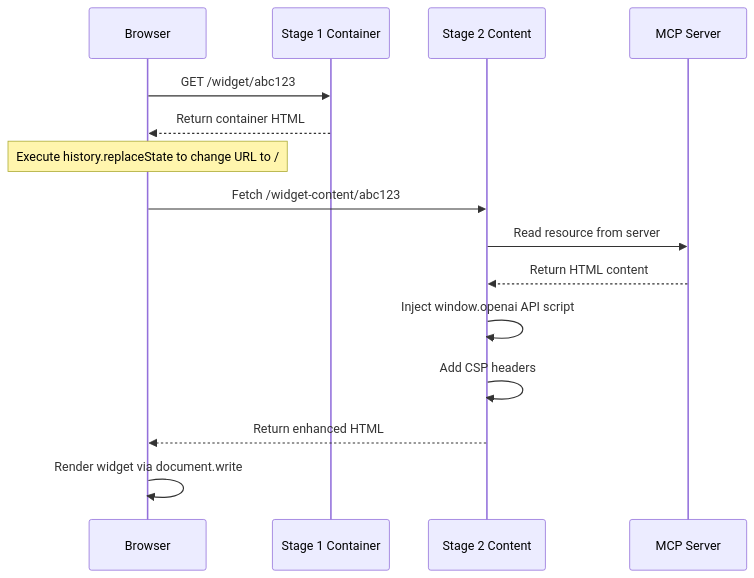
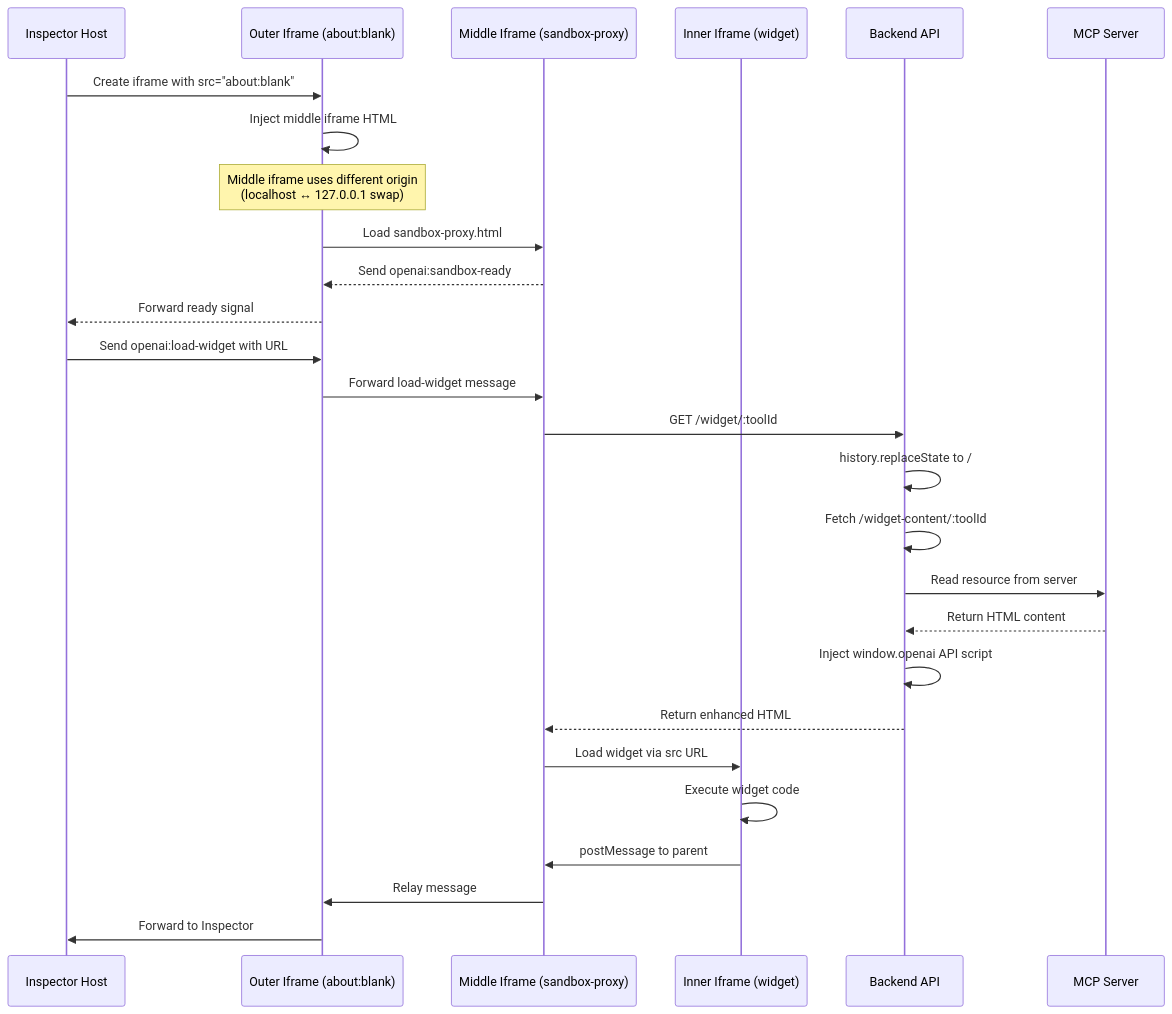
One commit to MCPJam/inspector changed the third of 7 diagrams in docs/contributing/openai-sdk-architecture.mdx. Above: the diagram before and after it, drawn with Mermaid. The commit also changed other lines of this file, not shown here.

Commit message:
Pull request for docs-update-from-inspector-pr-1001 (#1003)

````diff
--- a/docs/contributing/openai-sdk-architecture.mdx
+++ b/docs/contributing/openai-sdk-architecture.mdx
@@ -264,18 +290,30 @@
 ```mermaid
 sequenceDiagram
-    participant Browser
-    participant Stage1 as Stage 1 Container
-    participant Stage2 as Stage 2 Content
+    participant Host as Inspector Host
+    participant Outer as Outer Iframe (about:blank)
+    participant Middle as Middle Iframe (sandbox-proxy)
+    participant Inner as Inner Iframe (widget)
+    participant Backend as Backend API
     participant MCP as MCP Server
 
-    Browser->>Stage1: GET /widget/abc123
-    Stage1-->>Browser: Return container HTML
-    Note over Browser: Execute history.replaceState to change URL to /
-    Browser->>Stage2: Fetch /widget-content/abc123
-    Stage2->>MCP: Read resource from server
-    MCP-->>Stage2: Return HTML content
-    Stage2->>Stage2: Inject window.openai API script
-    Stage2->>Stage2: Add CSP headers
-    Stage2-->>Browser: Return enhanced HTML
-    Browser->>Browser: Render widget via document.write
+    Host->>Outer: Create iframe with src="about:blank"
+    Outer->>Outer: Inject middle iframe HTML
+    Note over Outer: Middle iframe uses different origin<br/>(localhost ↔ 127.0.0.1 swap)
+    Outer->>Middle: Load sandbox-proxy.html
+    Middle-->>Outer: Send openai:sandbox-ready
+    Outer-->>Host: Forward ready signal
+    Host->>Outer: Send openai:load-widget with URL
+    Outer->>Middle: Forward load-widget message
+    Middle->>Backend: GET /widget/:toolId
+    Backend->>Backend: history.replaceState to /
+    Backend->>Backend: Fetch /widget-content/:toolId
+    Backend->>MCP: Read resource from server
+    MCP-->>Backend: Return HTML content
+    Backend->>Backend: Inject window.openai API script
+    Backend-->>Middle: Return enhanced HTML
+    Middle->>Inner: Load widget via src URL
+    Inner->>Inner: Execute widget code
+    Inner->>Middle: postMessage to parent
+    Middle->>Outer: Relay message
+    Outer->>Host: Forward to Inspector
 ```
````
